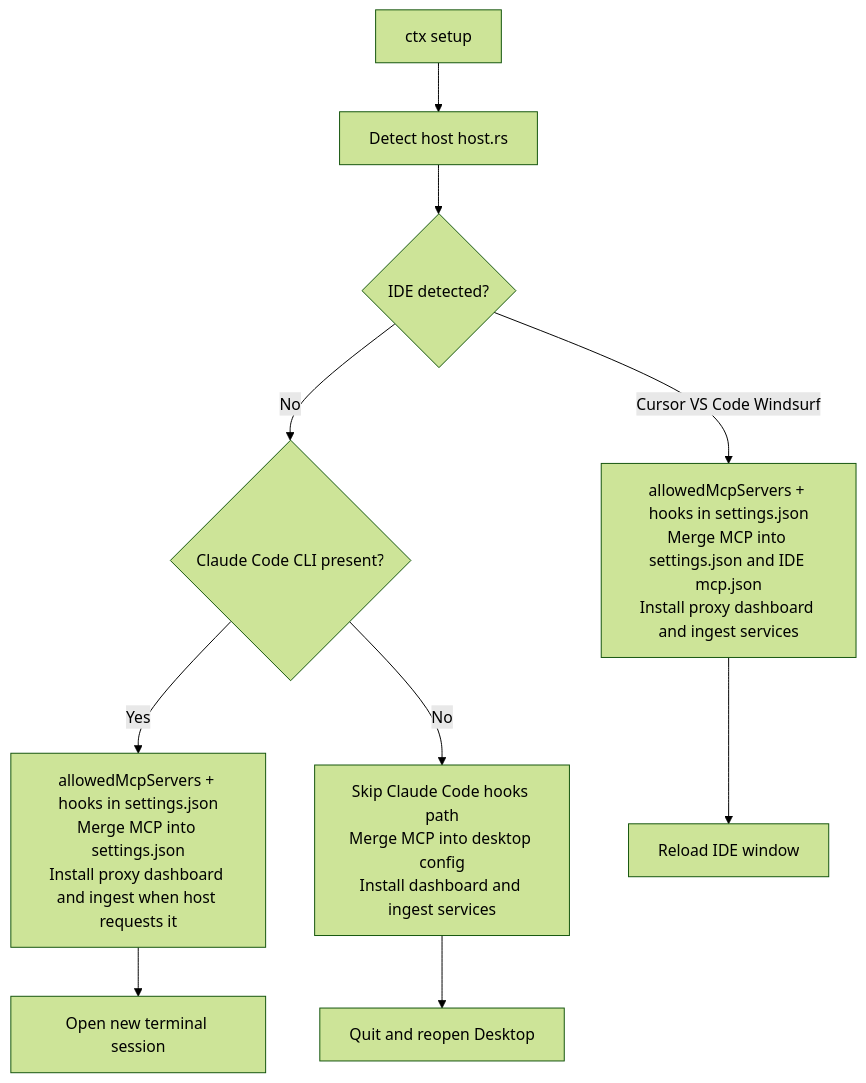
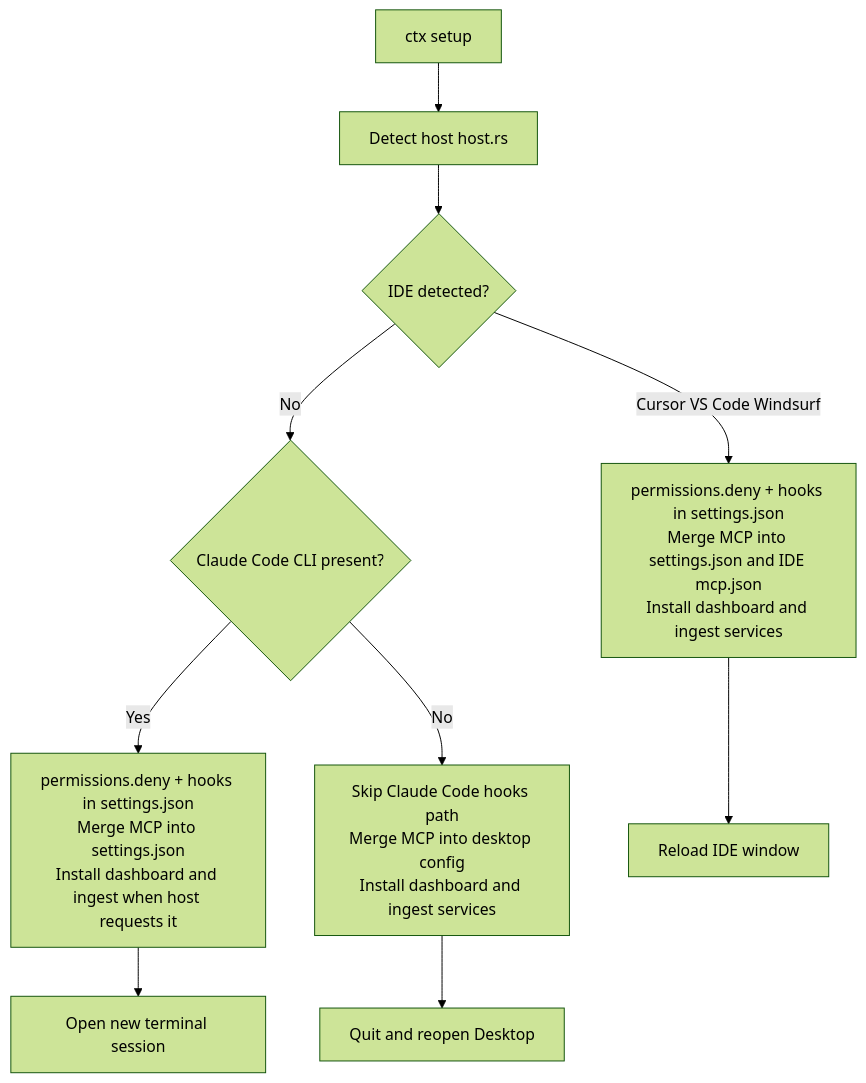
Before and after one commit to saurabh0392/ctx: the diagram in README.md, drawn with Mermaid (forest theme). The commit also changed other lines of this file and 79 other files, not shown here.

First line of the commit message:
feat: tool-level profiles, soft filter, dashboard overhaul, and dogfood hooks

````diff
--- a/README.md
+++ b/README.md
@@ -39,12 +39,12 @@
 ```mermaid
 flowchart TD
   Start["ctx setup"] --> Detect["Detect host host.rs"]
   Detect --> IsIDE{IDE detected?}
-  IsIDE -->|Cursor VS Code Windsurf| IDE_Path["allowedMcpServers + hooks in settings.json\nMerge MCP into settings.json and IDE mcp.json\nInstall proxy dashboard and ingest services"]
+  IsIDE -->|Cursor VS Code Windsurf| IDE_Path["permissions.deny + hooks in settings.json\nMerge MCP into settings.json and IDE mcp.json\nInstall dashboard and ingest services"]
   IsIDE -->|No| IsCLI{Claude Code CLI present?}
-  IsCLI -->|Yes| CLI_Path["allowedMcpServers + hooks in settings.json\nMerge MCP into settings.json\nInstall proxy dashboard and ingest when host requests it"]
+  IsCLI -->|Yes| CLI_Path["permissions.deny + hooks in settings.json\nMerge MCP into settings.json\nInstall dashboard and ingest when host requests it"]
   IsCLI -->|No| Desktop_Path["Skip Claude Code hooks path\nMerge MCP into desktop config\nInstall dashboard and ingest services"]
   IDE_Path --> Done["Reload IDE window"]
   CLI_Path --> Done2["Open new terminal session"]
   Desktop_Path --> Done3["Quit and reopen Desktop"]
 ```
````
